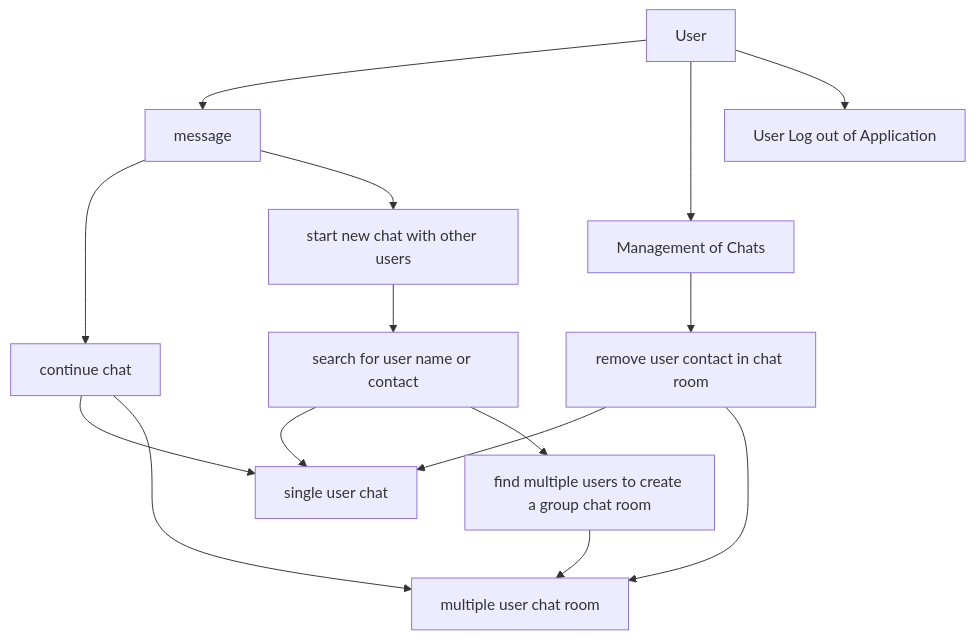
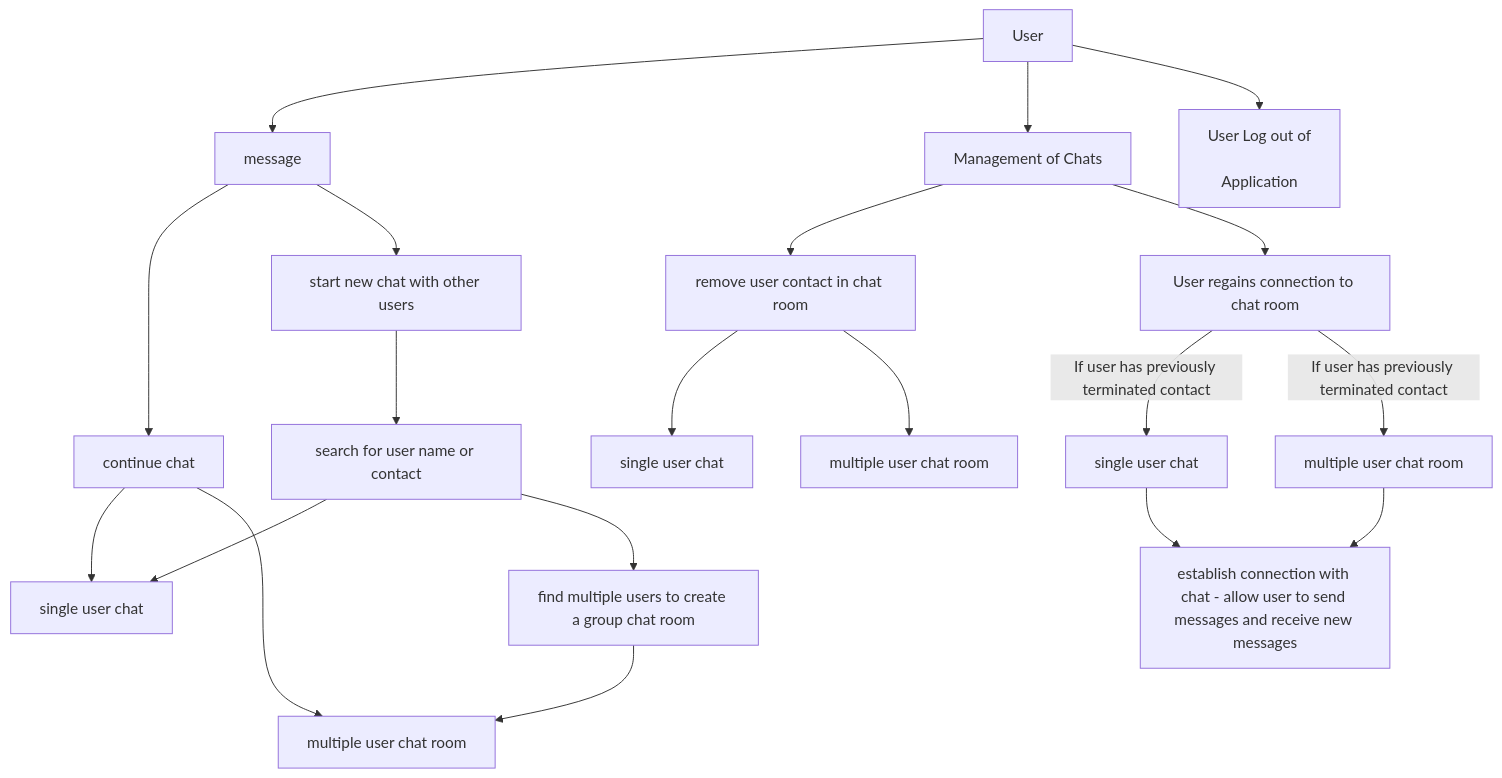
Before and after one commit to isuckinprogramming/Documentation: the second of 2 diagrams in ApplicationProcessMermaid.md, drawn with Mermaid.

Commit message:
termination and re-establishment of contact

```diff
--- a/ApplicationProcessMermaid.md
+++ b/ApplicationProcessMermaid.md
@@ -30,23 +30,33 @@
 ::: mermaid 
 graph TD;
   User --> message
   message --> continue[continue chat]
   message --> start-new[start new chat with other users]
 
   continue --> single-user[single user chat]
   continue --> group-message[multiple user chat room]
 
   start-new --> find-users[search for user name or contact]
   find-users --> single-user 
   find-users --> create-group-chat[find multiple users to create a group chat room]
   create-group-chat --> group-message
 
   User --> manage-chats[Management of Chats]
   manage-chats --> terminate-contact[remove user contact in chat room]
+  
+  manage-chats --> reconnect[User regains connection to chat room]
 
-  terminate-contact --> single-user
-  terminate-contact --> group-message
+  reconnect --> |If user has previously terminated contact| single-user-2[single user chat]
+  reconnect --> |If user has previously terminated contact| group-message-2[multiple user chat room]
 
-  User --> logout[User Log out of Application]
+  single-user-2 --> reconnect-done[establish connection with chat - allow user to send messages and receive new messages]
+  group-message-2 --> reconnect-done
+
+  terminate-contact --> single-user-3[single user chat]
+  terminate-contact --> group-message-3[multiple user chat room]
+
+  User --> logout[User Log out of 
+  
+  Application]
 
 :::
```
